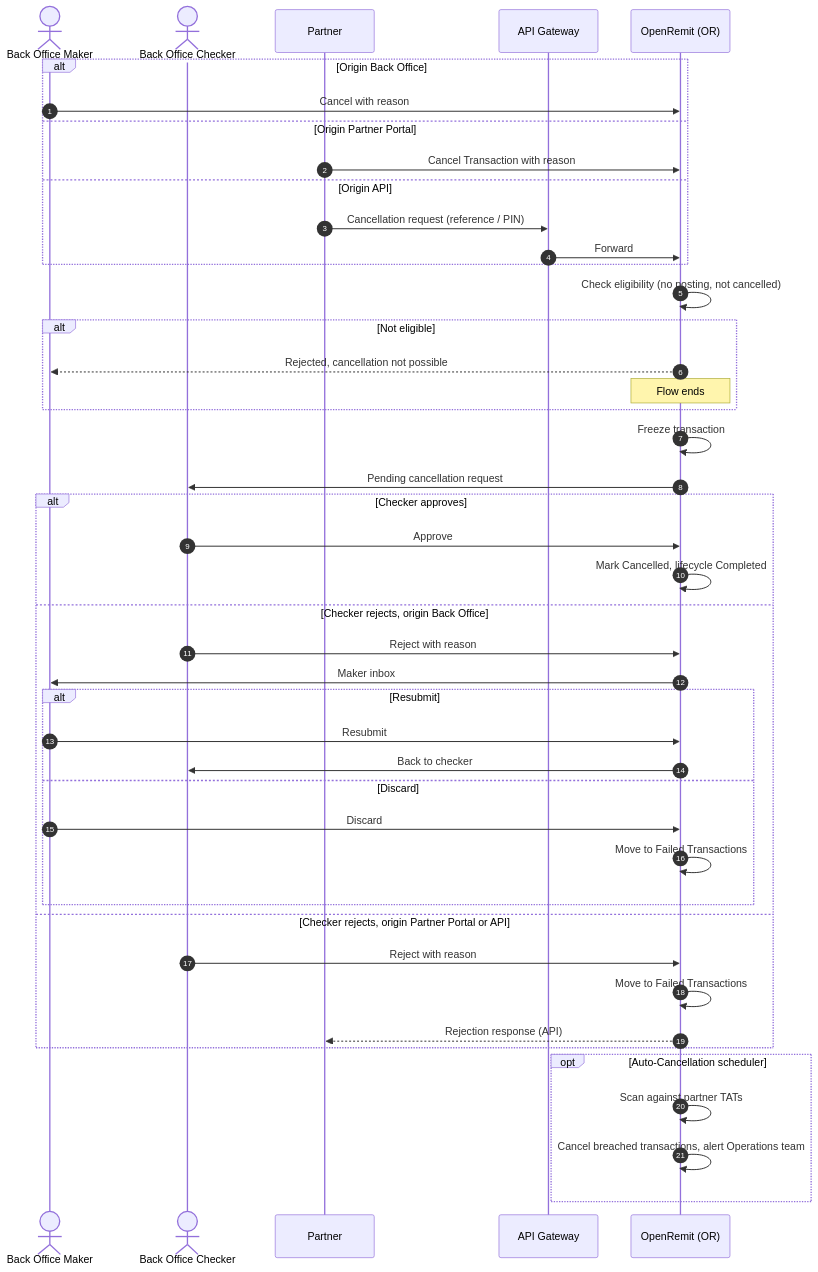
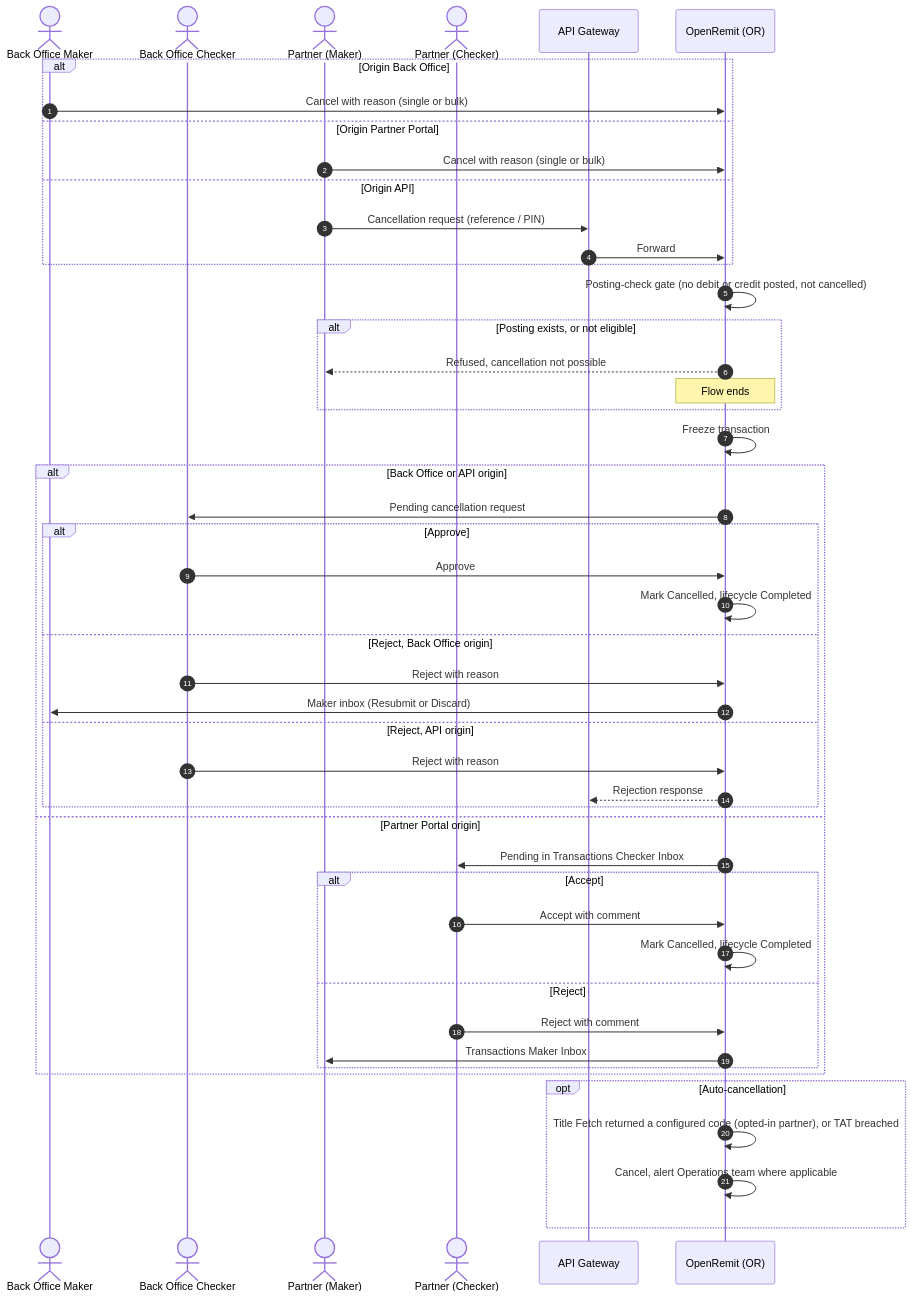
Before and after one commit to paysyslab/OpenRemit: the diagram in docs/features/financial/cancellation.md, drawn with Mermaid. The commit also changed other lines of this file and 37 other files, not shown here.

````diff
--- a/docs/features/financial/cancellation.md
+++ b/docs/features/financial/cancellation.md
@@ -86,48 +93,52 @@
 ```mermaid
 sequenceDiagram
     autonumber
     actor BOM as Back Office Maker
     actor BOC as Back Office Checker
-    participant P as Partner
+    actor PM as Partner (Maker)
+    actor PC as Partner (Checker)
     participant GW as API Gateway
     participant OR as OpenRemit (OR)
 
     alt Origin Back Office
-        BOM->>OR: Cancel with reason
+        BOM->>OR: Cancel with reason (single or bulk)
     else Origin Partner Portal
-        P->>OR: Cancel Transaction with reason
+        PM->>OR: Cancel with reason (single or bulk)
     else Origin API
-        P->>GW: Cancellation request (reference / PIN)
+        PM->>GW: Cancellation request (reference / PIN)
         GW->>OR: Forward
     end
-    OR->>OR: Check eligibility (no posting, not cancelled)
-    alt Not eligible
-        OR-->>BOM: Rejected, cancellation not possible
+    OR->>OR: Posting-check gate (no debit or credit posted, not cancelled)
+    alt Posting exists, or not eligible
+        OR-->>PM: Refused, cancellation not possible
         Note over OR: Flow ends
     end
     OR->>OR: Freeze transaction
-    OR->>BOC: Pending cancellation request
-    alt Checker approves
-        BOC->>OR: Approve
-        OR->>OR: Mark Cancelled, lifecycle Completed
-    else Checker rejects, origin Back Office
-        BOC->>OR: Reject with reason
-        OR->>BOM: Maker inbox
-        alt Resubmit
-            BOM->>OR: Resubmit
-            OR->>BOC: Back to checker
-        else Discard
-            BOM->>OR: Discard
-            OR->>OR: Move to Failed Transactions
+    alt Back Office or API origin
+        OR->>BOC: Pending cancellation request
+        alt Approve
+            BOC->>OR: Approve
+            OR->>OR: Mark Cancelled, lifecycle Completed
+        else Reject, Back Office origin
+            BOC->>OR: Reject with reason
+            OR->>BOM: Maker inbox (Resubmit or Discard)
+        else Reject, API origin
+            BOC->>OR: Reject with reason
+            OR-->>GW: Rejection response
         end
-    else Checker rejects, origin Partner Portal or API
-        BOC->>OR: Reject with reason
-        OR->>OR: Move to Failed Transactions
-        OR-->>P: Rejection response (API)
+    else Partner Portal origin
+        OR->>PC: Pending in Transactions Checker Inbox
+        alt Accept
+            PC->>OR: Accept with comment
+            OR->>OR: Mark Cancelled, lifecycle Completed
+        else Reject
+            PC->>OR: Reject with comment
+            OR->>PM: Transactions Maker Inbox
+        end
     end
 
-    opt Auto-Cancellation scheduler
-        OR->>OR: Scan against partner TATs
-        OR->>OR: Cancel breached transactions, alert Operations team
+    opt Auto-cancellation
+        OR->>OR: Title Fetch returned a configured code (opted-in partner), or TAT breached
+        OR->>OR: Cancel, alert Operations team where applicable
     end
 ```
````
